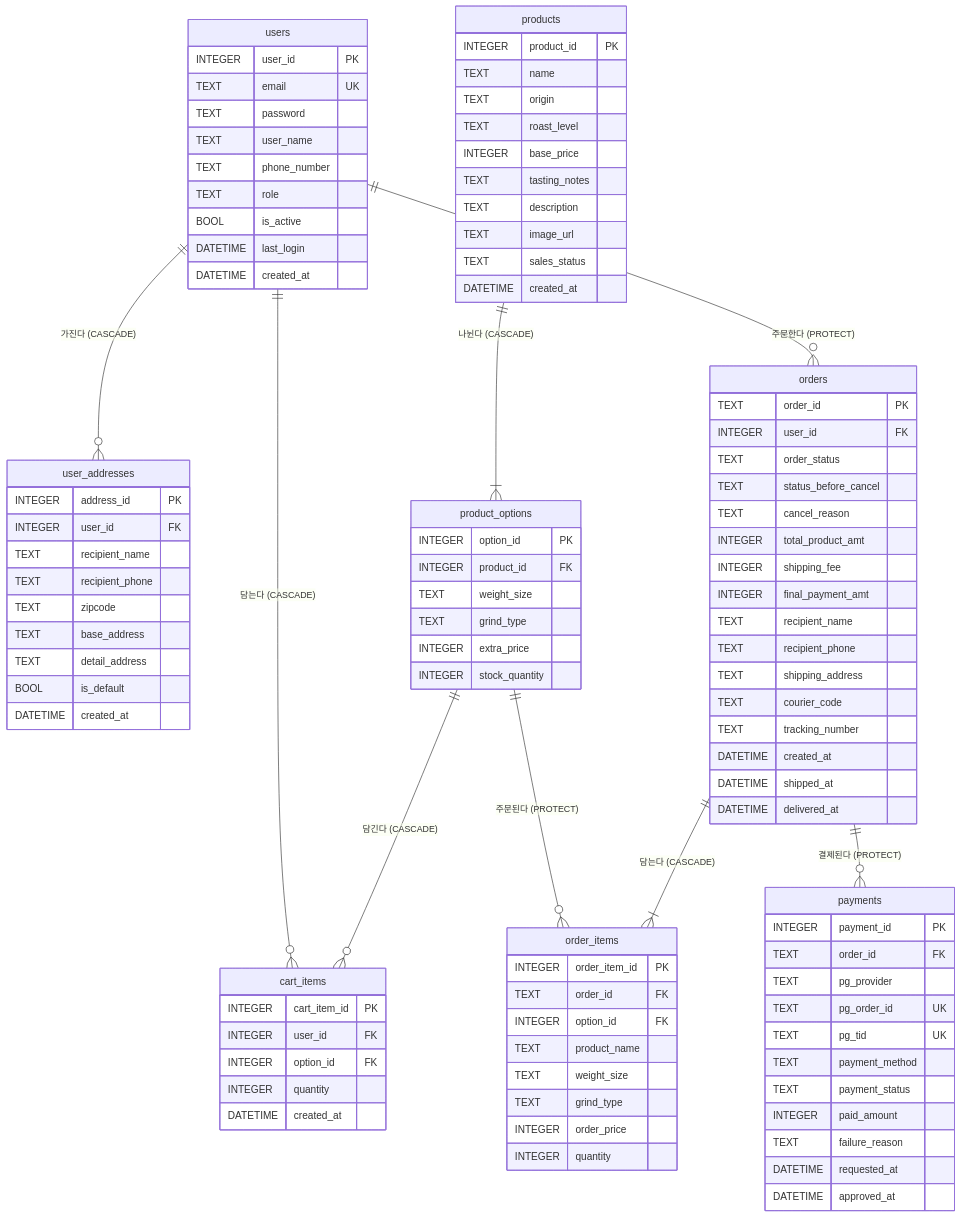
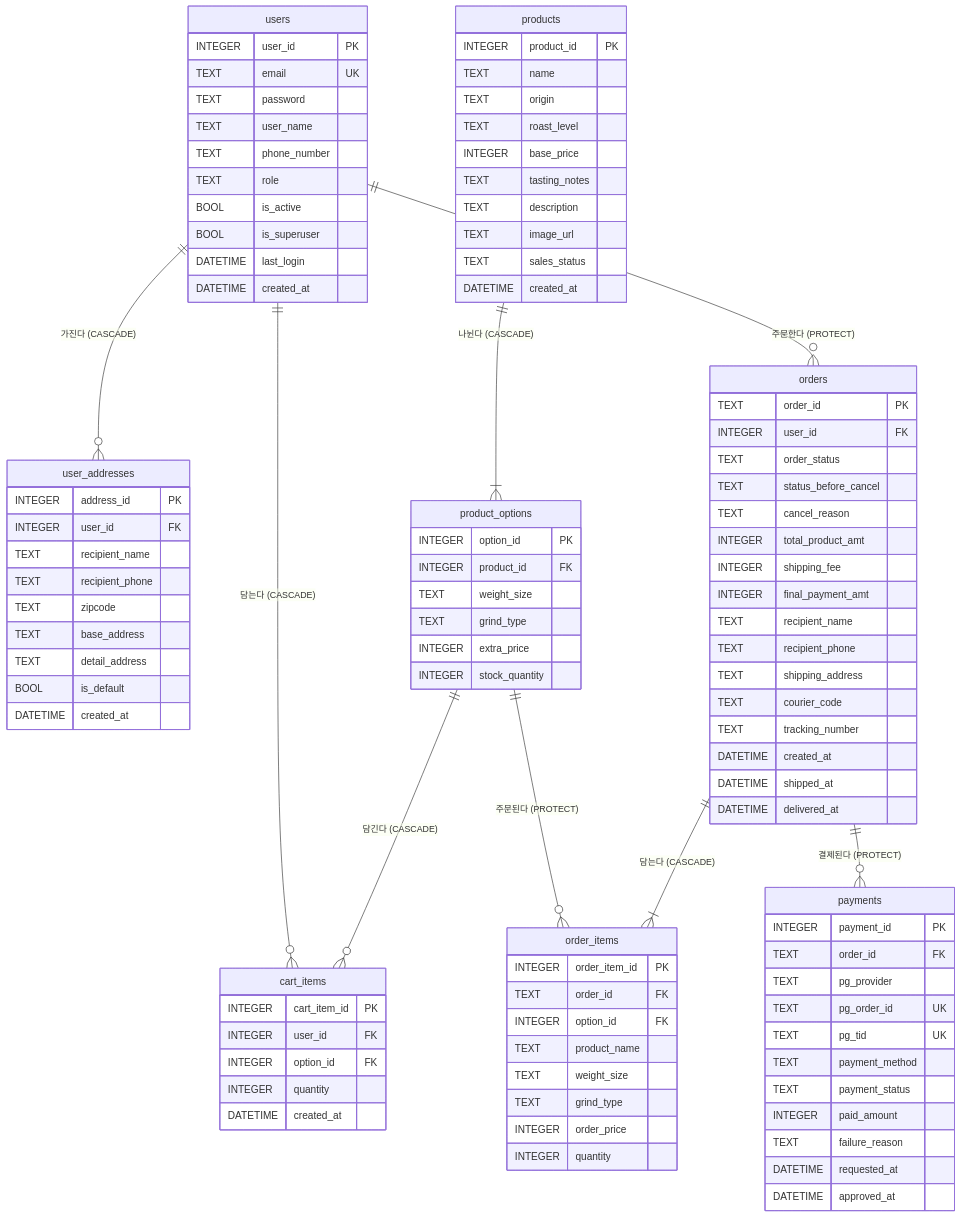
Before and after one commit to seren-wib/coffee-shop: the diagram in docs/specs/sdd/5-data-model.md, drawn with Mermaid. The commit also changed other lines of this file and 14 other files, not shown here.

```diff
--- a/docs/specs/sdd/5-data-model.md
+++ b/docs/specs/sdd/5-data-model.md
@@ -23,6 +23,7 @@
     TEXT phone_number
     TEXT role
     BOOL is_active
+    BOOL is_superuser
     DATETIME last_login
     DATETIME created_at
   }
```
